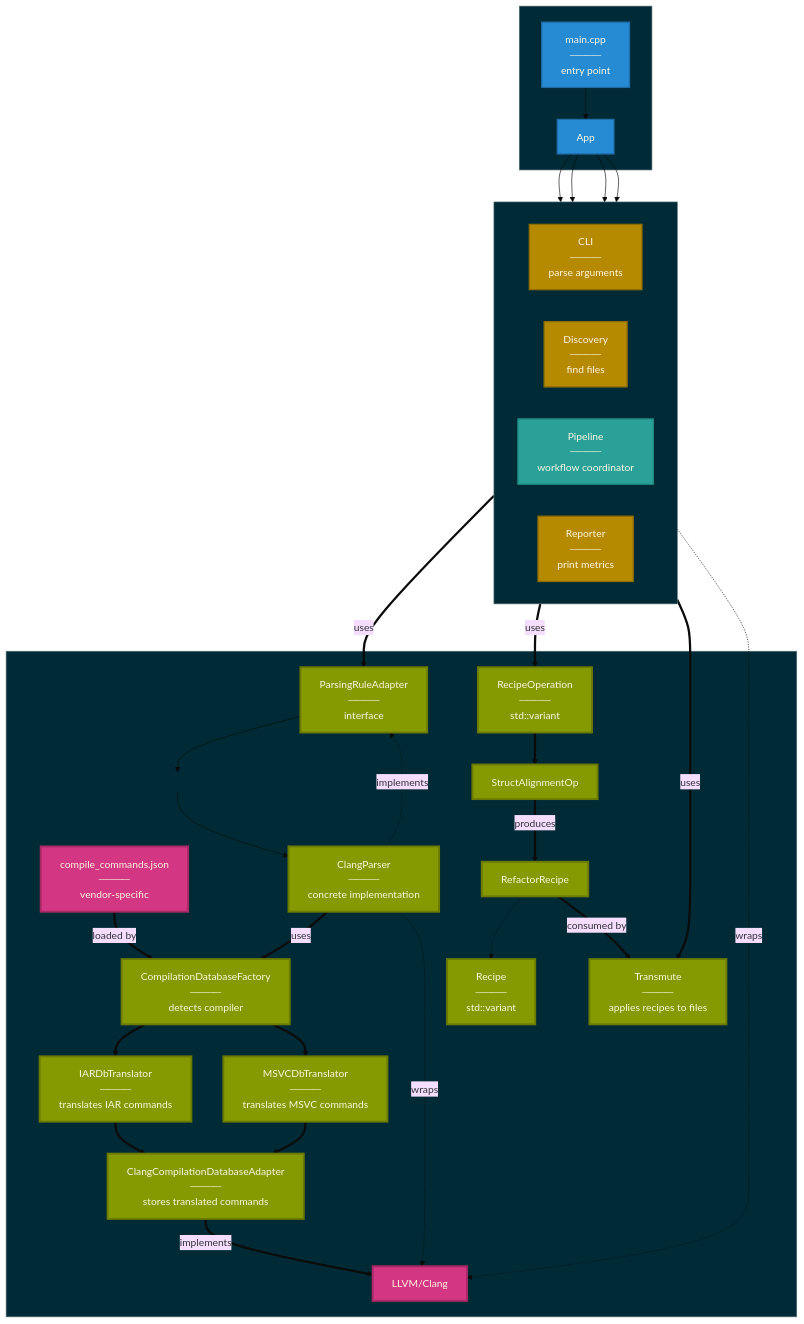
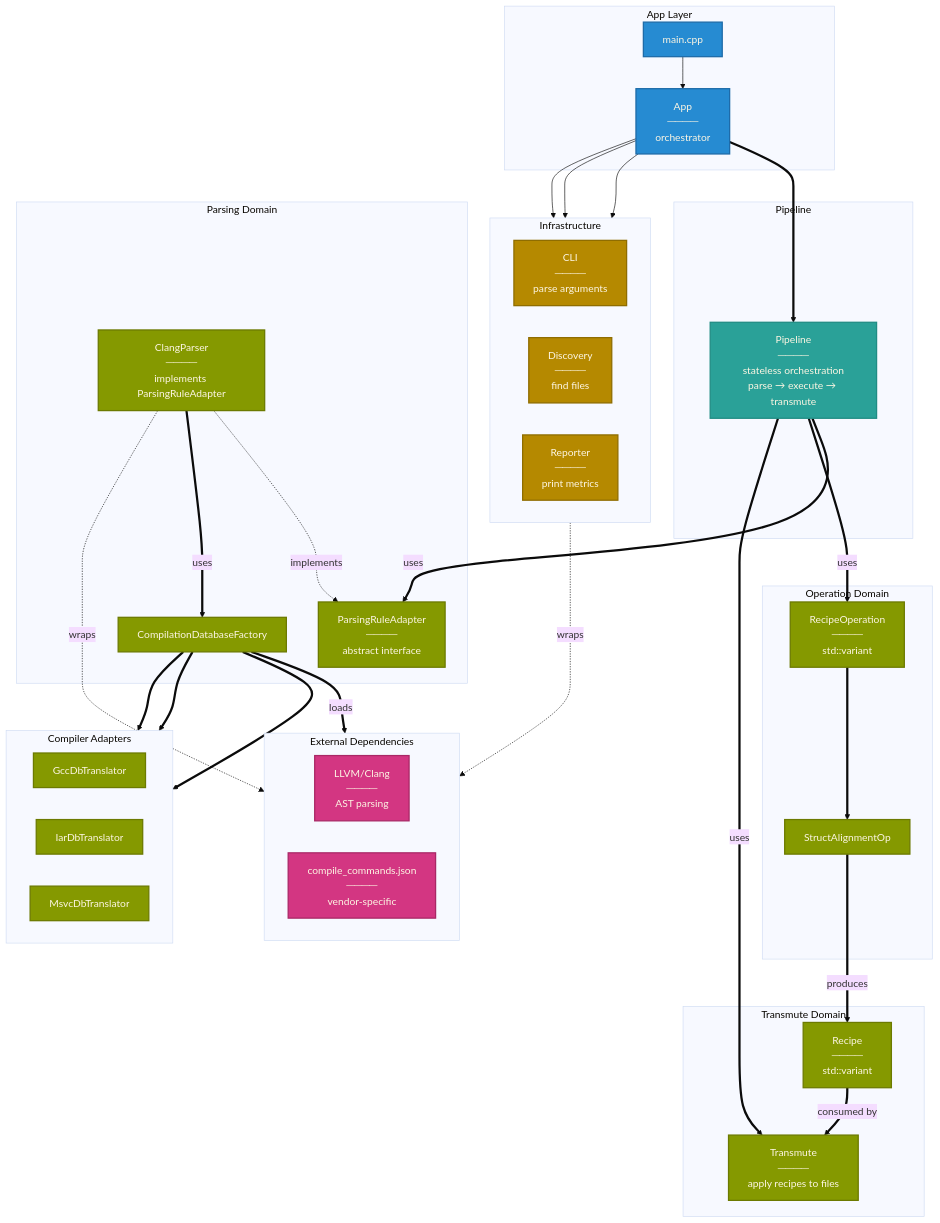
One commit to turakz/alchemy changed the first of 2 diagrams in docs/design/component-diagrams.md. Above: the diagram before and after it, drawn with Mermaid (base theme). The commit also changed other lines of this file and 102 other files, not shown here.

````diff
--- a/docs/design/component-diagrams.md
+++ b/docs/design/component-diagrams.md
@@ -16,115 +14,91 @@
 ```mermaid
 graph TB
-      %% ============================================================================
-      %% LAYER 1: APPLICATION ENTRY & ORCHESTRATION
-      %% ============================================================================
-      subgraph Layer1[" "]
-          main["main.cpp<br/>────<br/>entry point"]
-          App["App"]
-      end
+    subgraph AppLayer["App Layer"]
+        main["main.cpp"]
+        App["App<br/>────<br/>orchestrator"]
+        main --> App
+    end
 
-      %% ============================================================================
-      %% LAYER 2: INFRASTRUCTURE & PIPELINE (CLI -> Discovery -> Pipeline -> Reporter)
-      %% ============================================================================
-      subgraph Layer2[" "]
-          direction LR
+    subgraph Infrastructure["Infrastructure"]
+        direction LR
+        CLI["CLI<br/>────<br/>parse arguments"]
+        Discovery["Discovery<br/>────<br/>find files"]
+        Reporter["Reporter<br/>────<br/>print metrics"]
+    end
 
-          CLI["CLI<br/>────<br/>parse arguments"]
-          Discovery["Discovery<br/>────<br/>find files"]
-          Pipeline["Pipeline<br/>────<br/>workflow coordinator"]
-          Reporter["Reporter<br/>────<br/>print metrics"]
-      end
+    subgraph PipelineLayer["Pipeline"]
+        Pipeline["Pipeline<br/>────<br/>stateless orchestration<br/>parse → execute → transmute"]
+    end
 
-      %% ============================================================================
-      %% LAYER 3: DOMAIN LOGIC (LLVM/CompDB on left, Parser/Operations on right)
-      %% ============================================================================
-      subgraph Layer3[" "]
-          %% Left side: LLVM and Compiler Adapters
-          LLVM["LLVM/Clang"]
-          CompDB["compile_commands.json<br/>────<br/>vendor-specific"]
-          CompDBFactory["CompilationDatabaseFactory<br/>────<br/>detects compiler"]
-          IARTranslator["IARDbTranslator<br/>────<br/>translates IAR commands"]
-          MSVCTranslator["MSVCDbTranslator<br/>────<br/>translates MSVC commands"]
-          ClangAdapter["ClangCompilationDatabaseAdapter<br/>────<br/>stores translated commands"]
+    subgraph Parsing["Parsing Domain"]
+        ParserIface["ParsingRuleAdapter<br/>────<br/>abstract interface"]
+        ClangParser["ClangParser<br/>────<br/>implements ParsingRuleAdapter"]
+        CompDBFactory["CompilationDatabaseFactory"]
+        ClangParser -.->|implements| ParserIface
+        ClangParser ==>|uses| CompDBFactory
+    end
 
-          CompDBFactory ==> IARTranslator
-          CompDBFactory ==> MSVCTranslator
-          IARTranslator ==> ClangAdapter
-          MSVCTranslator ==> ClangAdapter
+    subgraph CompilerAdapters["Compiler Adapters"]
+        direction LR
+        GCCTranslator["GccDbTranslator"]
+        IARTranslator["IarDbTranslator"]
+        MSVCTranslator["MsvcDbTranslator"]
+    end
 
-          %% Right side: Parsing components
-          ParserIface["ParsingRuleAdapter<br/>────<br/>interface"]
-          ParserIface --> ParserSpacer[" "]
-          style ParserSpacer fill:none,stroke:none
-          ParserSpacer --> ClangParser["ClangParser<br/>────<br/>concrete implementation"]
+    subgraph Operations["Operation Domain"]
+        OpVariant["RecipeOperation<br/>────<br/>std::variant"]
+        SAlignOp["StructAlignmentOp"]
+        OpVariant ==> SAlignOp
+    end
 
-          %% Operations components
-          OpVariant["RecipeOperation<br/>────<br/>std::variant"]
-          StructAlign["StructAlignmentOp"]
+    subgraph TransmuteDomain["Transmute Domain"]
+        Recipe["Recipe<br/>────<br/>std::variant"]
+        Transmute["Transmute<br/>────<br/>apply recipes to files"]
+    end
 
-          %% Recipe Type components
-          RecipeVariant["Recipe<br/>────<br/>std::variant"]
-          RefactorRecipe -.-> RecipeVariant
+    subgraph External["External Dependencies"]
+        direction LR
+        LLVM["LLVM/Clang<br/>────<br/>AST parsing"]
+        CompDB["compile_commands.json<br/>────<br/>vendor-specific"]
+    end
 
-          %% Transmutation component
-          Transmute["Transmute<br/>────<br/>applies recipes to files"]
-      end
+    %% App layer → Infrastructure
+    App --> CLI
+    App --> Discovery
+    App --> Reporter
 
-      %% ============================================================================
-      %% VERTICAL DEPENDENCIES (layer by layer)
-      %% ============================================================================
-      main --> App
+    %% App layer → Pipeline
+    App ==> Pipeline
 
-      %% App uses infrastructure (sequential flow)
-      App --> CLI
-      App --> Discovery
-      App --> Pipeline
-      App --> Reporter
+    %% Pipeline → Domain modules
+    Pipeline ==>|uses| ParserIface
+    Pipeline ==>|uses| OpVariant
+    Pipeline ==>|uses| Transmute
 
-      %% Pipeline uses domain logic (thick arrows for primary flow)
-      Pipeline ==>|uses| ParserIface
-      Pipeline ==>|uses| OpVariant
-      Pipeline ==>|uses| Transmute
+    %% Operations produce recipes for Transmute
+    SAlignOp ==>|produces| Recipe
+    Recipe ==>|consumed by| Transmute
 
-      %% ClangParser implements interface (dotted = compile-time)
-      ClangParser -.->|implements| ParserIface
+    %% Compiler adapters translate for the factory
+    CompDBFactory ==> GCCTranslator
+    CompDBFactory ==> IARTranslator
+    CompDBFactory ==> MSVCTranslator
 
-      %% ClangParser uses factory (thick arrow = runtime dependency)
-      ClangParser ==>|uses| CompDBFactory
+    %% External dependencies
+    CompDBFactory ==>|loads| CompDB
+    ClangParser -.->|wraps| LLVM
+    CLI -.->|wraps| LLVM
 
-      %% ClangAdapter implements CompilationDatabase interface from LLVM
-      ClangAdapter ==>|implements| LLVM
+    %% Styling
+    classDef appLayer fill:#268bd2,stroke:#1e6ba8,stroke-width:2px,color:#fdf6e3
+    classDef infra fill:#b58900,stroke:#8f6d00,stroke-width:2px,color:#fdf6e3
+    classDef pipelineStyle fill:#2aa198,stroke:#208c84,stroke-width:2px,color:#fdf6e3
+    classDef domain fill:#859900,stroke:#6c7a00,stroke-width:2px,color:#fdf6e3
+    classDef external fill:#d33682,stroke:#a92866,stroke-width:2px,color:#fdf6e3
 
-      %% Factory reads compilation database (thick arrow = data flow)
-      CompDB ==>|loaded by| CompDBFactory
-
-      %% Operations are variant alternatives
-      OpVariant ==> StructAlign
-
-      %% Operations produce recipes (thick arrows = data flow)
-      StructAlign ==>|produces| RefactorRecipe
-
-      %% Transmute consumes recipes (thick arrows = data flow)
-      RefactorRecipe ==>|consumed by| Transmute
-
-      %% Wraps LLVM (dotted = compile-time dependency)
-      ClangParser -.->|wraps| LLVM
-      CLI -.->|wraps| LLVM
-
-      %% ============================================================================
-      %% STYLING
-      %% ============================================================================
-      classDef layer1 fill:#268bd2,stroke:#1e6ba8,stroke-width:2px,color:#fdf6e3
-      classDef layer2infra fill:#b58900,stroke:#8f6d00,stroke-width:2px,color:#fdf6e3
-      classDef layer2pipe fill:#2aa198,stroke:#208c84,stroke-width:2px,color:#fdf6e3
-      classDef layer3 fill:#859900,stroke:#6c7a00,stroke-width:3px,color:#fdf6e3
-      classDef layer4 fill:#d33682,stroke:#a92866,stroke-width:3px,color:#fdf6e3
-      classDef container fill:#002b36,stroke:#586e75,stroke-width:1px
-
-      class main,App layer1
-      class CLI,Discovery,Reporter layer2infra
-      class Pipeline layer2pipe
-      class ParserIface,ClangParser,CompDBFactory,IARTranslator,MSVCTranslator,ClangAdapter,OpVariant,StructAlign,RecipeVariant,RefactorRecipe,Transmute layer3
-      class LLVM,CompDB layer4
-      class Layer1,Layer2,Layer3 container
+    class main,App appLayer
+    class CLI,Discovery,Reporter infra
+    class Pipeline pipelineStyle
+    class ParserIface,ClangParser,CompDBFactory,GCCTranslator,IARTranslator,MSVCTranslator,OpVariant,SAlignOp,Recipe,Transmute domain
+    class LLVM,CompDB external
 ```
````
